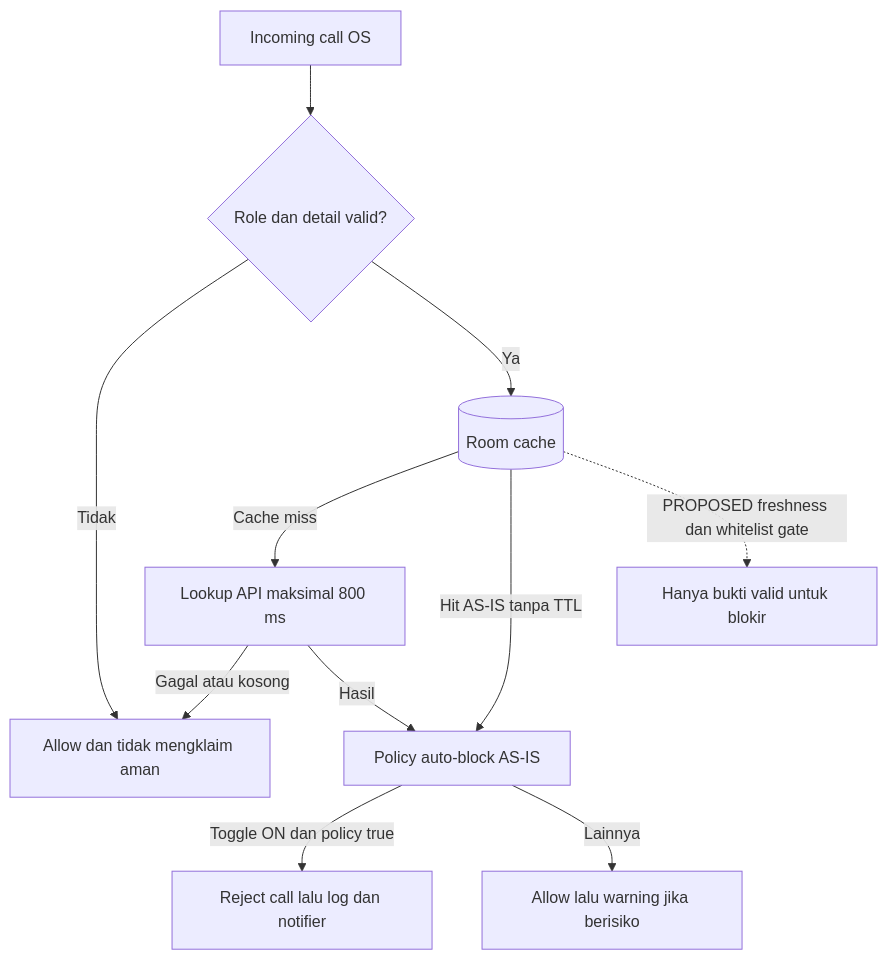
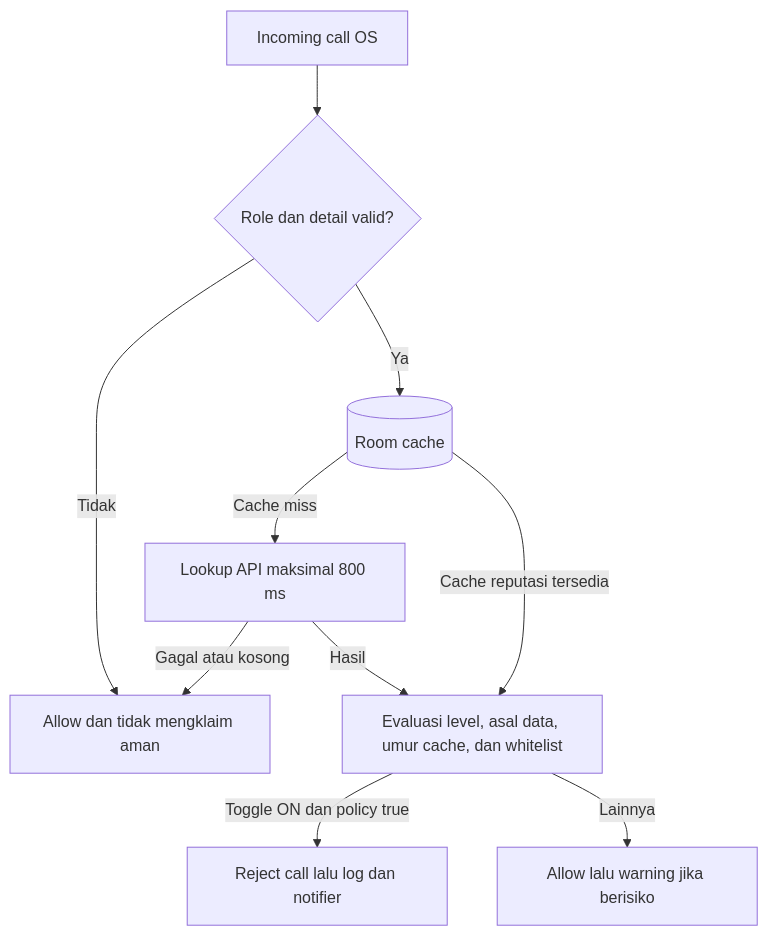
The third of 4 diagrams in PRD.md (CallTag/CallTag), drawn with Mermaid before and after one commit. The commit also changed other lines of this file and 9 other files, not shown here.

````diff
--- a/PRD.md
+++ b/PRD.md
@@ -638,13 +642,12 @@
 ```mermaid
 flowchart TD
     IN[Incoming call OS] --> ROLE{Role dan detail valid?}
     ROLE -->|Tidak| AL[Allow dan tidak mengklaim aman]
     ROLE -->|Ya| CA[(Room cache)]
     CA -->|Cache miss| API[Lookup API maksimal 800 ms]
-    CA -->|Hit AS-IS tanpa TTL| PO[Policy auto-block AS-IS]
+    CA -->|Cache reputasi tersedia| PO[Evaluasi level, asal data, umur cache, dan whitelist]
     API -->|Gagal atau kosong| AL
     API -->|Hasil| PO
     PO -->|Toggle ON dan policy true| BL[Reject call lalu log dan notifier]
     PO -->|Lainnya| WA[Allow lalu warning jika berisiko]
-    CA -.->|PROPOSED freshness dan whitelist gate| SAFE[Hanya bukti valid untuk blokir]
 ```
````
